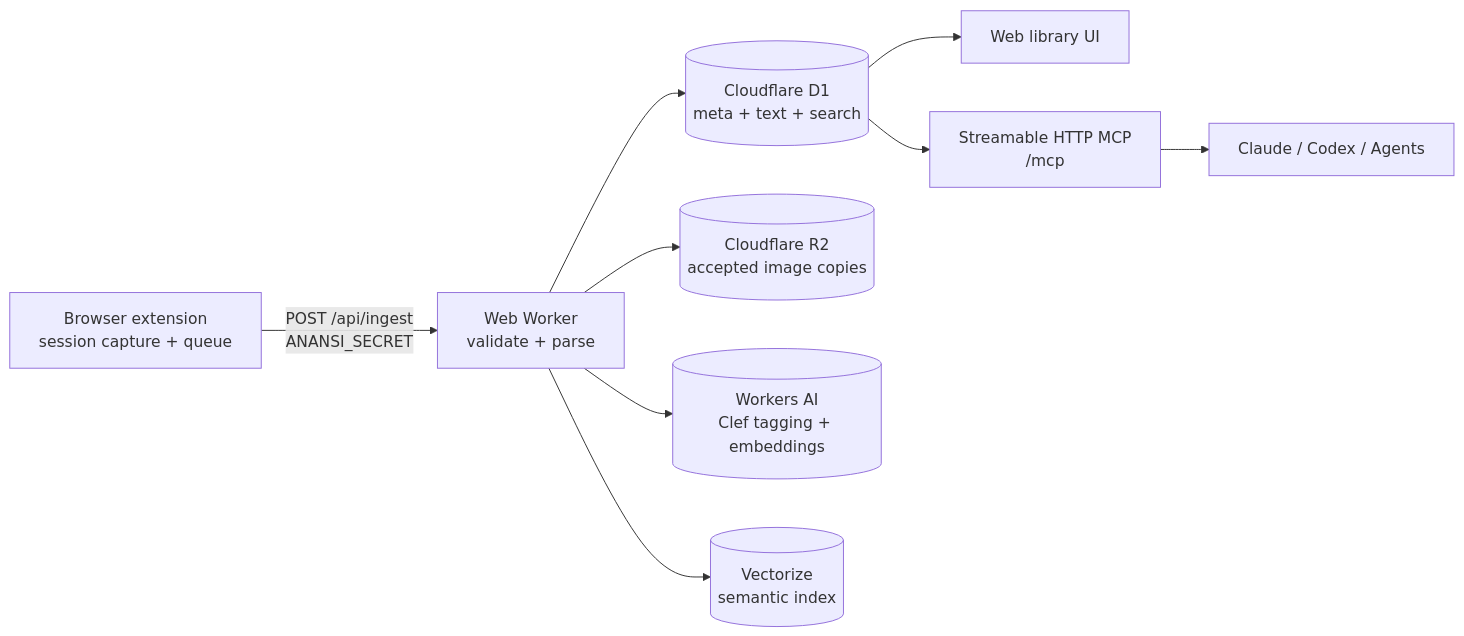
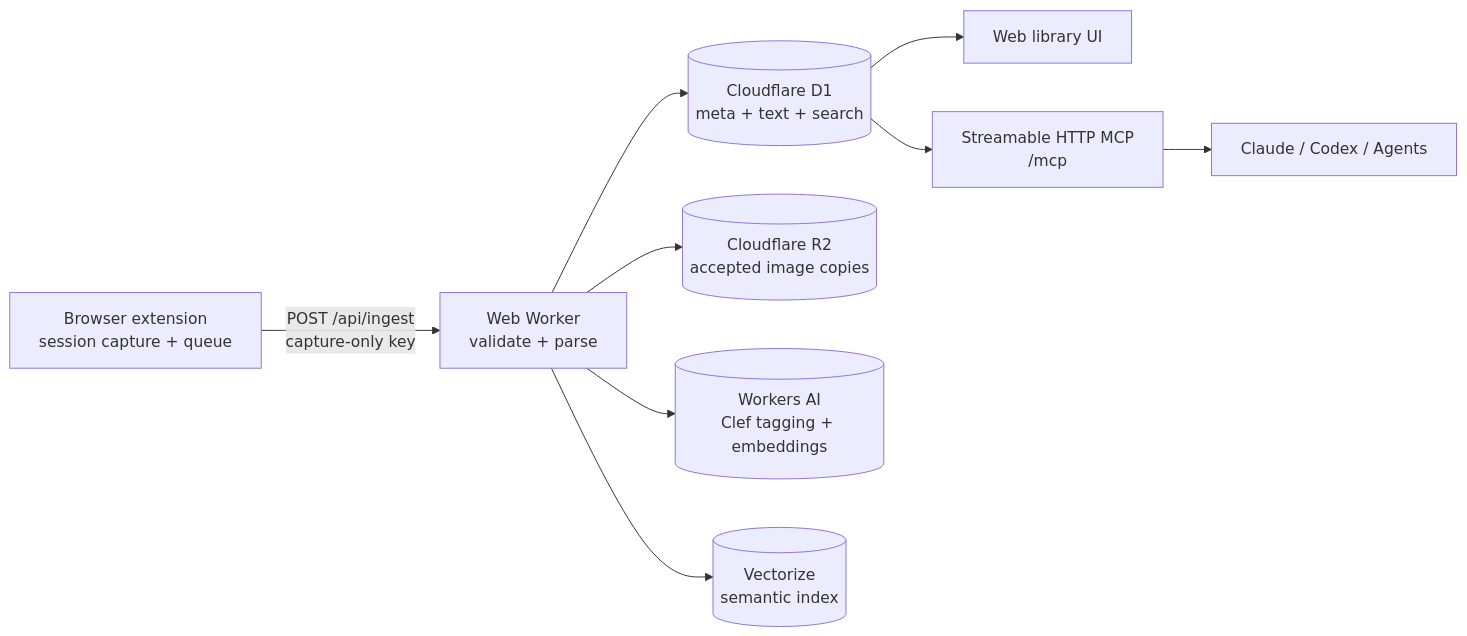
The diagram in README.md (jojomensah89/anansi), drawn with Mermaid before and after one commit. The commit also changed other lines of this file and 55 other files, not shown here.

````diff
--- a/README.md
+++ b/README.md
@@ -228,11 +232,11 @@
 ```mermaid
 flowchart LR
-  B[Browser extension<br/>session capture + queue] -->|POST /api/ingest<br/>ANANSI_SECRET| S[Web Worker<br/>validate + parse]
+  B[Browser extension<br/>session capture + queue] -->|POST /api/ingest<br/>capture-only key| S[Web Worker<br/>validate + parse]
   S --> D[(Cloudflare D1<br/>meta + text + search)]
   S --> R[(Cloudflare R2<br/>accepted image copies)]
   S --> AI[(Workers AI<br/>Clef tagging + embeddings)]
   S --> V[(Vectorize<br/>semantic index)]
   D --> W[Web library UI]
   D --> M[Streamable HTTP MCP<br/>/mcp]
   M --> A[Claude / Codex / Agents]
 ```
````
